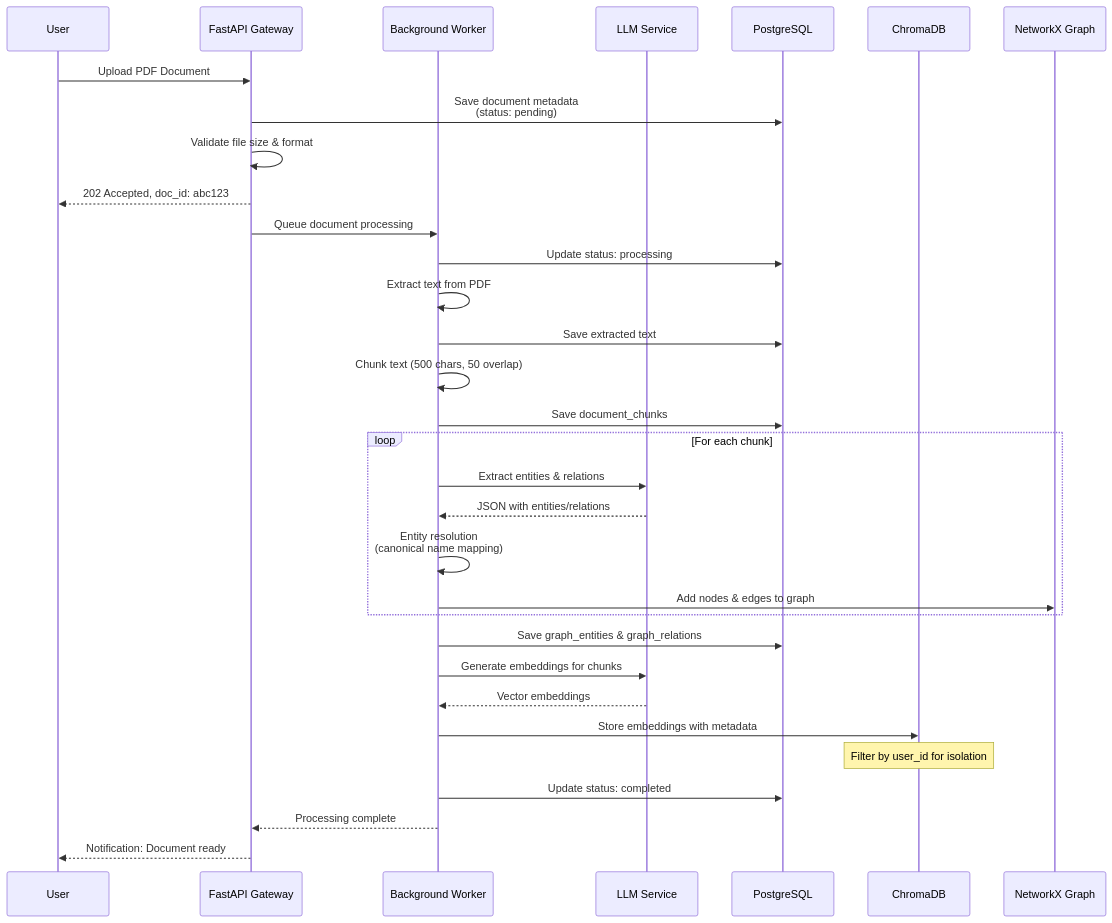
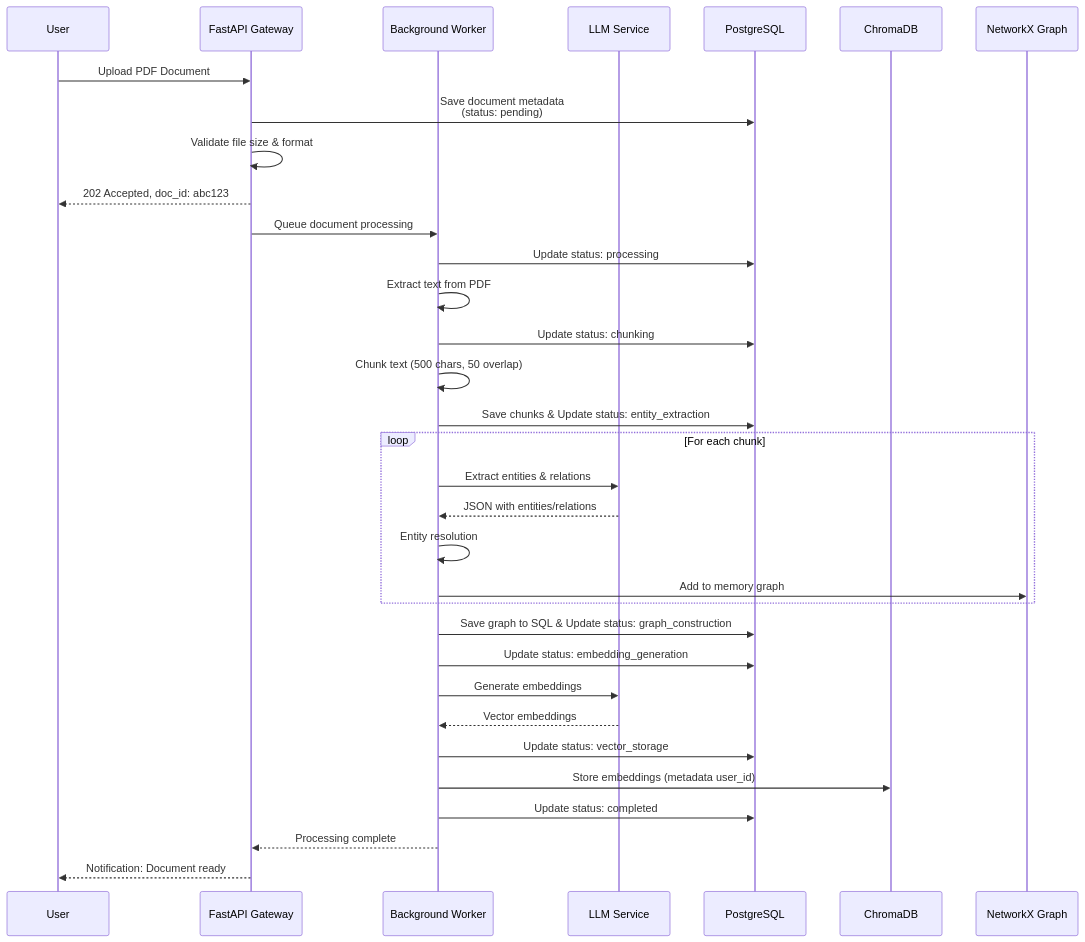
One commit to TCTri205/AetherTutor changed the second of 5 diagrams in docs/core/Architecture.md. Above: the diagram before and after it, drawn with Mermaid. The commit also changed other lines of this file and 14 other files, not shown here.

````diff
--- a/docs/core/Architecture.md
+++ b/docs/core/Architecture.md
@@ -111,42 +111,43 @@
 ```mermaid
 sequenceDiagram
     participant U as User
     participant API as FastAPI Gateway
     participant W as Background Worker
     participant LLM as LLM Service
     participant PG as PostgreSQL
     participant CD as ChromaDB
     participant NX as NetworkX Graph
 
     U->>API: Upload PDF Document
     API->>PG: Save document metadata<br/>(status: pending)
     API->>API: Validate file size & format
     API-->>U: 202 Accepted, doc_id: abc123
     
     API->>W: Queue document processing
     W->>PG: Update status: processing
     
     W->>W: Extract text from PDF
-    W->>PG: Save extracted text
+    W->>PG: Update status: chunking
     
     W->>W: Chunk text (500 chars, 50 overlap)
-    W->>PG: Save document_chunks
+    W->>PG: Save chunks & Update status: entity_extraction
     
     loop For each chunk
         W->>LLM: Extract entities & relations
         LLM-->>W: JSON with entities/relations
-        W->>W: Entity resolution<br/>(canonical name mapping)
-        W->>NX: Add nodes & edges to graph
+        W->>W: Entity resolution
+        W->>NX: Add to memory graph
     end
     
-    W->>PG: Save graph_entities & graph_relations
+    W->>PG: Save graph to SQL & Update status: graph_construction
+    W->>PG: Update status: embedding_generation
     
-    W->>LLM: Generate embeddings for chunks
+    W->>LLM: Generate embeddings
     LLM-->>W: Vector embeddings
-    W->>CD: Store embeddings with metadata
-    Note over CD: Filter by user_id for isolation
+    W->>PG: Update status: vector_storage
+    W->>CD: Store embeddings (metadata user_id)
     
     W->>PG: Update status: completed
     W-->>API: Processing complete
     API-->>U: Notification: Document ready
 ```
````
